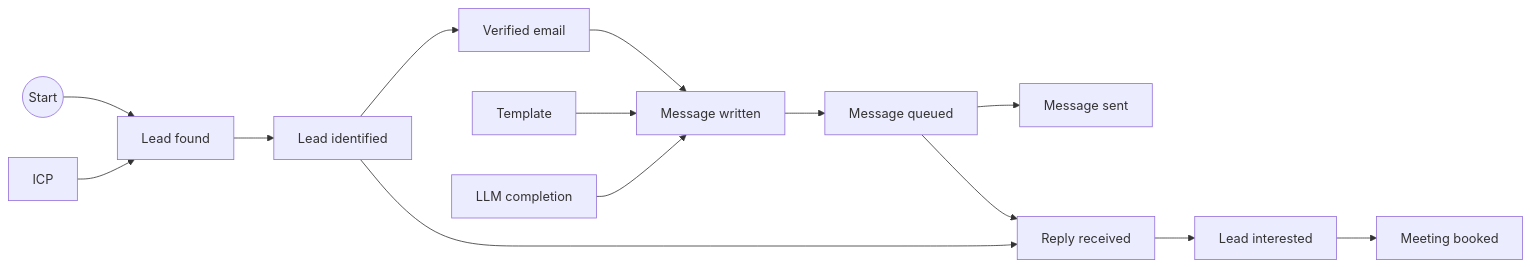
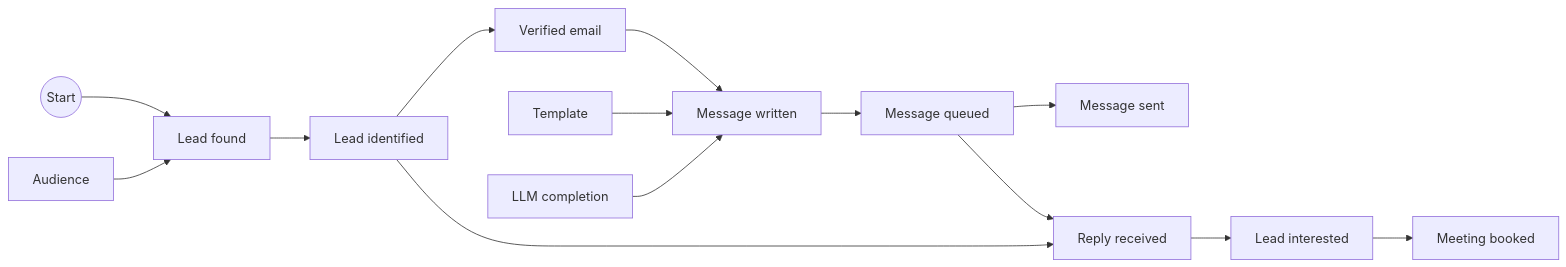
The diagram in docs/gtm-factory-framework.md (shamanic-technologies/distribute.you), drawn with Mermaid before and after one commit. The commit also changed other lines of this file, not shown here.

First line of the commit message:
docs(framework): Audience replaces ICP, one per Offer; Offer object; campaign on ONE offer (AUDIENCE-PER-OFFER-1107)

````diff
--- a/docs/gtm-factory-framework.md
+++ b/docs/gtm-factory-framework.md
@@ -17,16 +17,16 @@
 ```mermaid
 flowchart LR
   M((Start)) --> F[Lead found]
-  A[ICP] --> F
+  A[Audience] --> F
   F --> I[Lead identified]
   I --> E[Verified email]
   E --> W[Message written]
   T[Template] --> W
   L[LLM completion] --> W
   W --> Q[Message queued]
   Q --> S[Message sent]
   Q --> Y[Reply received]
   I --> Y
   Y --> N[Lead interested]
   N --> B[Meeting booked]
 ```
````
